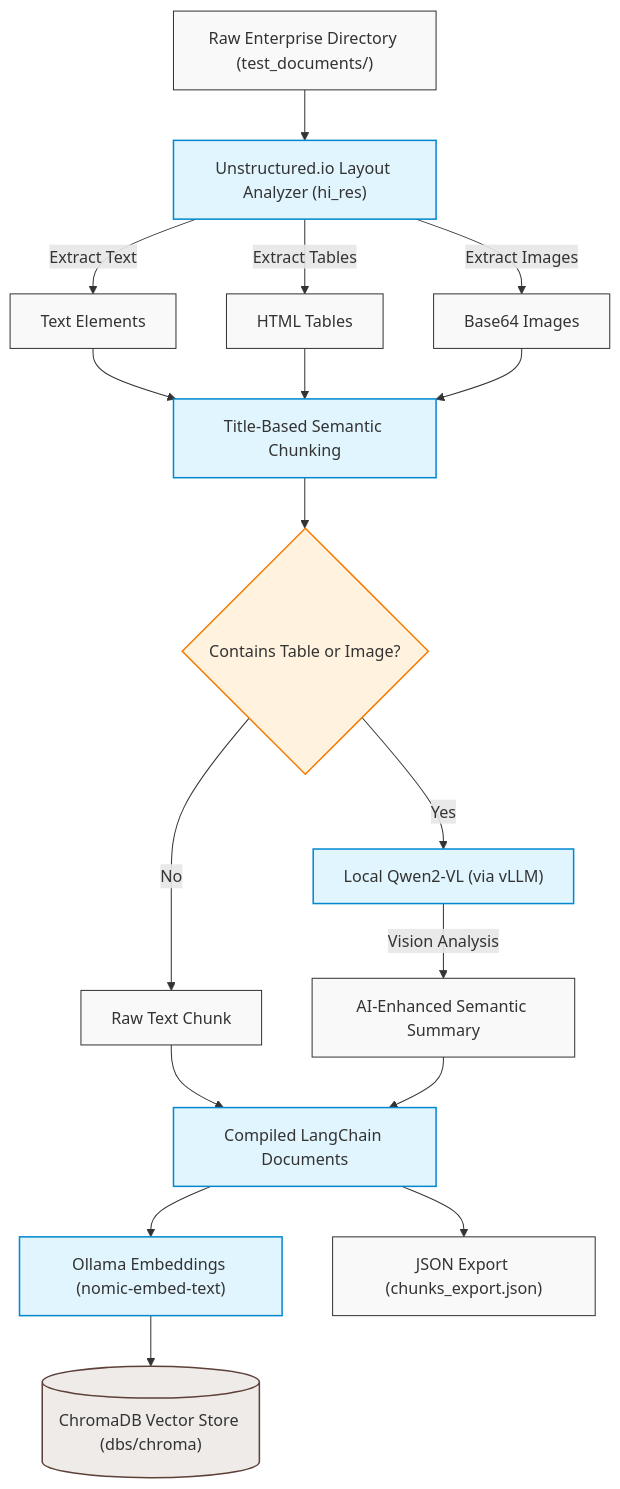
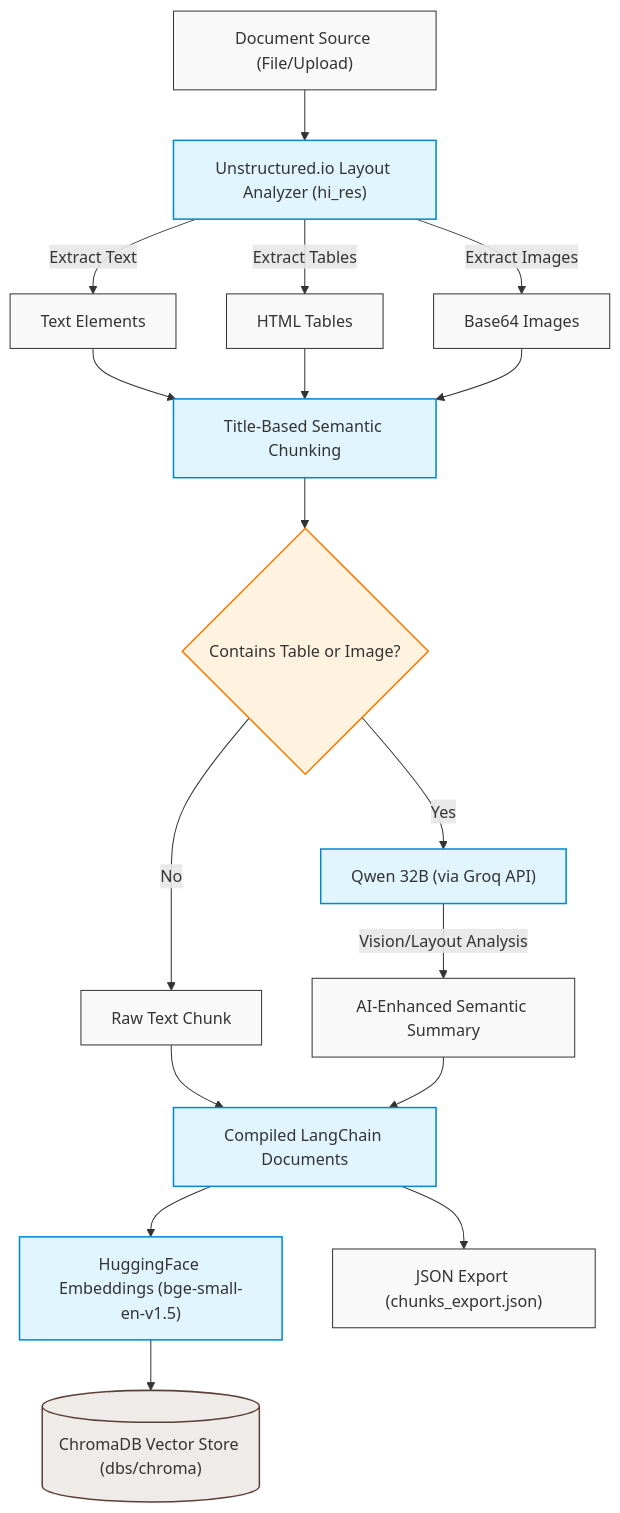
One commit to Priyanshu-git78/OmniParse-RAG changed the first of 2 diagrams in README.md. Above: the diagram before and after it, drawn with Mermaid. The commit also changed other lines of this file, not shown here.

````diff
--- a/README.md
+++ b/README.md
@@ -41,35 +46,35 @@
 ```mermaid
 flowchart TD
-    A["Raw Enterprise Directory (test_documents/)"] --> B["Unstructured.io Layout Analyzer (hi_res)"]
+    A["Document Source (File/Upload)"] --> B["Unstructured.io Layout Analyzer (hi_res)"]
     
     B -->|Extract Text| C["Text Elements"]
     B -->|Extract Tables| D["HTML Tables"]
     B -->|Extract Images| E["Base64 Images"]
     
     C & D & E --> F["Title-Based Semantic Chunking"]
     
     F --> G{"Contains Table or Image?"}
     
-    G -->|Yes| H["Local Qwen2-VL (via vLLM)"]
+    G -->|Yes| H["Qwen 32B (via Groq API)"]
     G -->|No| I["Raw Text Chunk"]
     
-    H -->|Vision Analysis| J["AI-Enhanced Semantic Summary"]
+    H -->|Vision/Layout Analysis| J["AI-Enhanced Semantic Summary"]
     
     I & J --> K["Compiled LangChain Documents"]
     
-    K --> L["Ollama Embeddings (nomic-embed-text)"]
+    K --> L["HuggingFace Embeddings (bge-small-en-v1.5)"]
     K --> M["JSON Export (chunks_export.json)"]
     
     L --> N[("ChromaDB Vector Store (dbs/chroma)")]
 
     %% Styling
     classDef default fill:#f9f9f9,stroke:#333,stroke-width:1px;
     classDef process fill:#e1f5fe,stroke:#0288d1,stroke-width:1.5px;
     classDef database fill:#efebe9,stroke:#5d4037,stroke-width:1.5px;
     classDef decision fill:#fff3e0,stroke:#f57c00,stroke-width:1.5px;
 
     class A,C,D,E,I,J,M default;
     class B,F,H,K,L process;
     class G decision;
     class N database;
 ```
````
